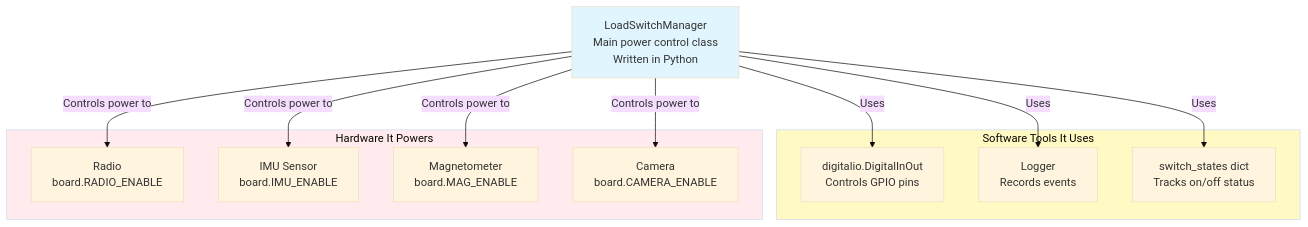
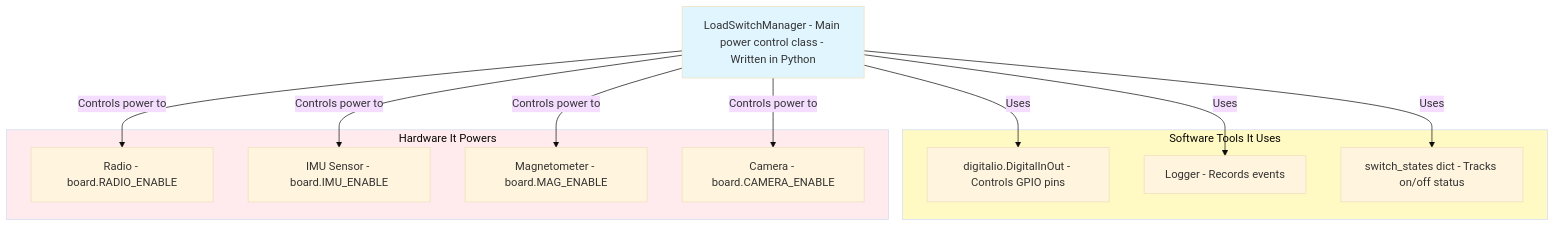
One commit to phantom-man/PROVES_LIBRARY changed the third of 5 diagrams in docs/diagrams/overview.md. Above: the diagram before and after it, drawn with Mermaid (base theme). The commit also changed other lines of this file and 4 other files, not shown here.

Commit message:
Fix all <br/> tags and colons in mermaid diagrams

````diff
--- a/docs/diagrams/overview.md
+++ b/docs/diagrams/overview.md
@@ -109,30 +109,30 @@
 ```mermaid
 flowchart TB
-    LSM[LoadSwitchManager<br/>Main power control class<br/>Written in Python]
+    LSM[LoadSwitchManager - Main power control class - Written in Python]
 
     subgraph TOOLS ["Software Tools It Uses"]
-        DIO[digitalio.DigitalInOut<br/>Controls GPIO pins]
-        LOGGER[Logger<br/>Records events]
-        STATE[switch_states dict<br/>Tracks on/off status]
+        DIO[digitalio.DigitalInOut - Controls GPIO pins]
+        LOGGER[Logger - Records events]
+        STATE[switch_states dict - Tracks on/off status]
     end
 
     subgraph DEVICES ["Hardware It Powers"]
-        RADIO[Radio<br/>board.RADIO_ENABLE]
-        IMU[IMU Sensor<br/>board.IMU_ENABLE]
-        MAG[Magnetometer<br/>board.MAG_ENABLE]
-        CAM[Camera<br/>board.CAMERA_ENABLE]
+        RADIO[Radio - board.RADIO_ENABLE]
+        IMU[IMU Sensor - board.IMU_ENABLE]
+        MAG[Magnetometer - board.MAG_ENABLE]
+        CAM[Camera - board.CAMERA_ENABLE]
     end
 
     LSM -->|Uses| DIO
     LSM -->|Uses| LOGGER
     LSM -->|Uses| STATE
 
     LSM -->|Controls power to| RADIO
     LSM -->|Controls power to| IMU
     LSM -->|Controls power to| MAG
     LSM -->|Controls power to| CAM
 
     style LSM fill:#e1f5ff
     style TOOLS fill:#fff9c4
     style DEVICES fill:#ffebee
 ```
````
